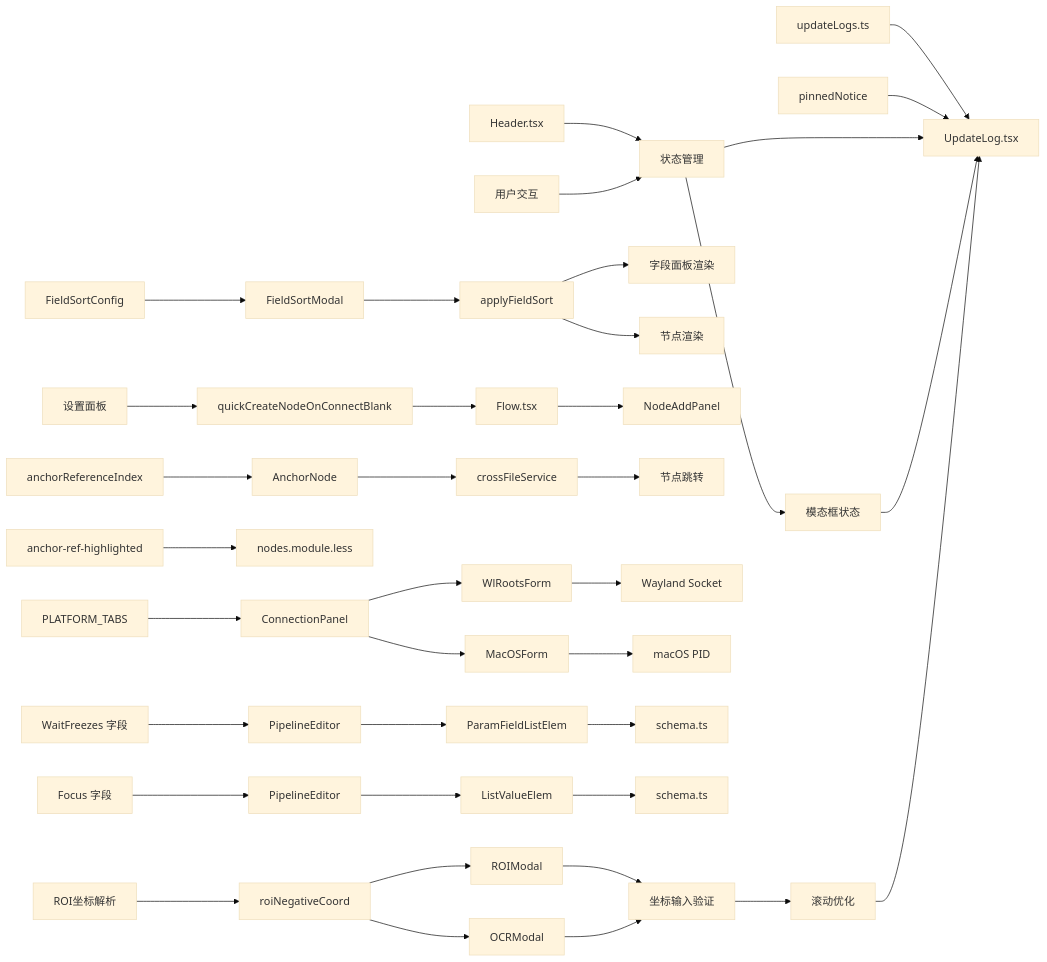
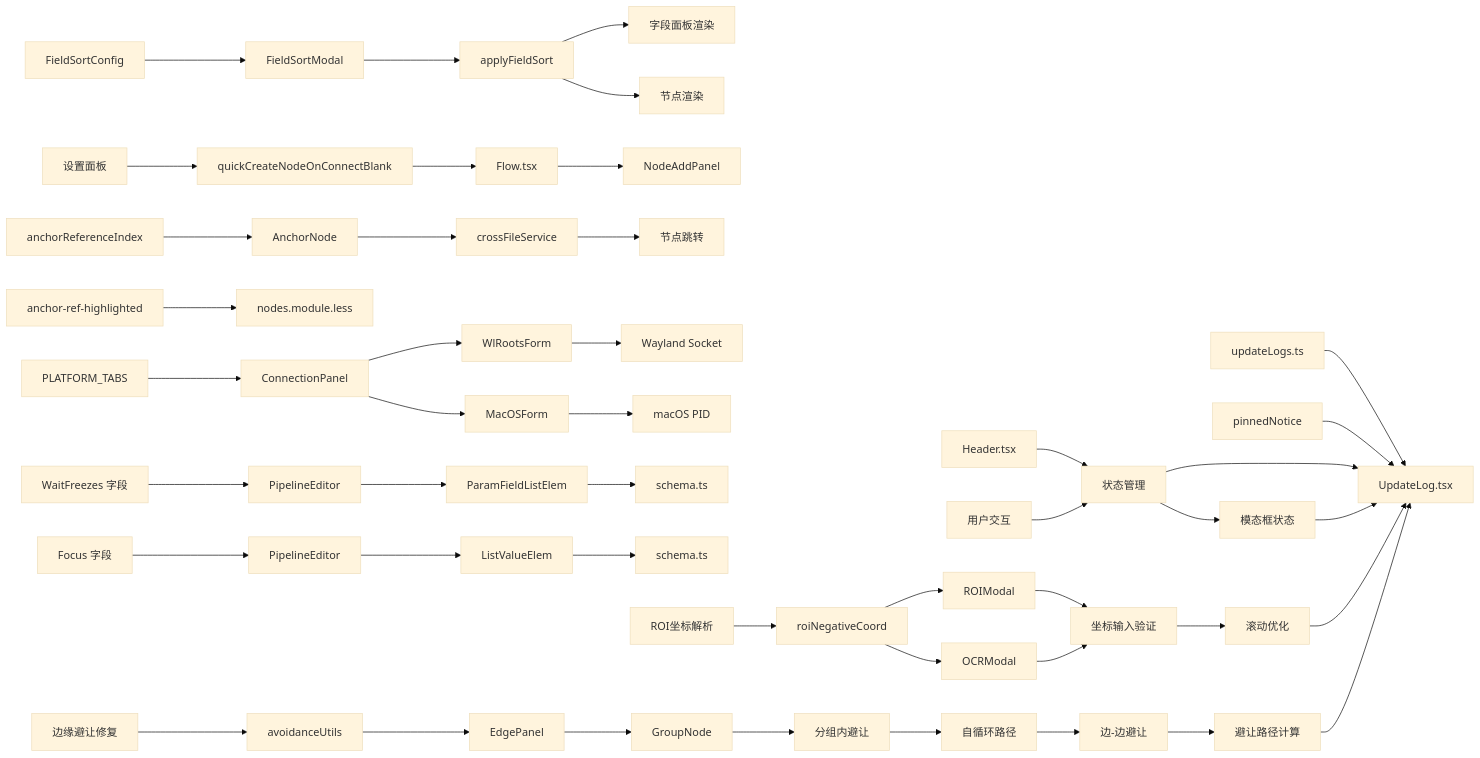
Before and after one commit to kqcoxn/MaaPipelineEditor: diagram 46 of 47 in .qoder/repowiki/zh/content/UpdateLogs.ts.md, drawn with Mermaid (base theme). The commit also changed other lines of this file and 13 other files, not shown here.

````diff
--- a/.qoder/repowiki/zh/content/UpdateLogs.ts.md
+++ b/.qoder/repowiki/zh/content/UpdateLogs.ts.md
@@ -1200,39 +1314,47 @@
 ```mermaid
 flowchart LR
 A[updateLogs.ts] --> B[UpdateLog.tsx]
 C[pinnedNotice] --> B
 D[Header.tsx] --> E[状态管理]
 E --> B
 F[用户交互] --> E
 E --> G[模态框状态]
 G --> B
 H[FieldSortConfig] --> I[FieldSortModal]
 I --> J[applyFieldSort]
 J --> K[字段面板渲染]
 J --> L[节点渲染]
 M[quickCreateNodeOnConnectBlank] --> N[Flow.tsx]
 N --> O[NodeAddPanel]
 P[设置面板] --> M
 Q[anchorReferenceIndex] --> R[AnchorNode]
 R --> S[crossFileService]
 S --> T[节点跳转]
 U[anchor-ref-highlighted] --> V[nodes.module.less]
 W[PLATFORM_TABS] --> X[ConnectionPanel]
 X --> Y[WlRootsForm]
 X --> Z[MacOSForm]
 Y --> AA[Wayland Socket]
 Z --> AB[macOS PID]
 AC[WaitFreezes 字段] --> AD[PipelineEditor]
 AE[Focus 字段] --> AF[PipelineEditor]
 AD --> AG[ParamFieldListElem]
 AF --> AH[ListValueElem]
 AG --> AI[schema.ts]
 AH --> AJ[schema.ts]
 AK[ROI坐标解析] --> AL[roiNegativeCoord]
 AL --> AM[ROIModal]
 AL --> AN[OCRModal]
 AM --> AO[坐标输入验证]
 AN --> AO
 AO --> AP[滚动优化]
 AP --> B
+AQ[边缘避让修复] --> AR[avoidanceUtils]
+AR --> AS[EdgePanel]
+AS --> AT[GroupNode]
+AT --> AU[分组内避让]
+AU --> AV[自循环路径]
+AV --> AW[边-边避让]
+AW --> AX[避让路径计算]
+AX --> B
 ```
````
